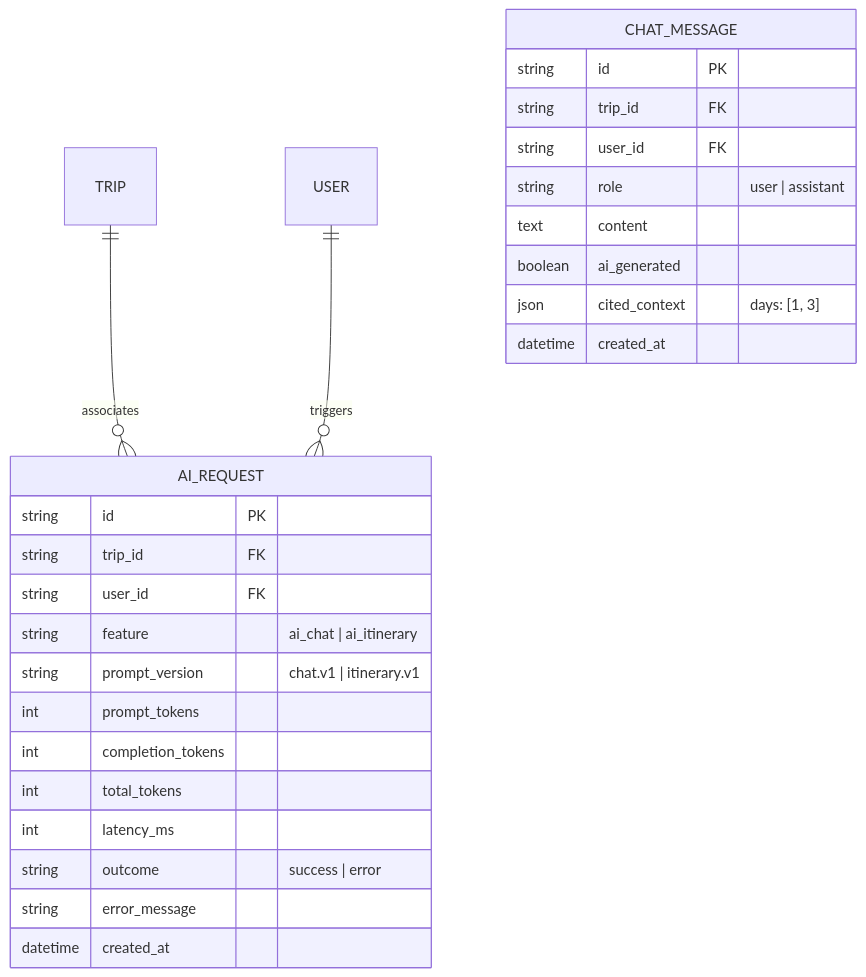
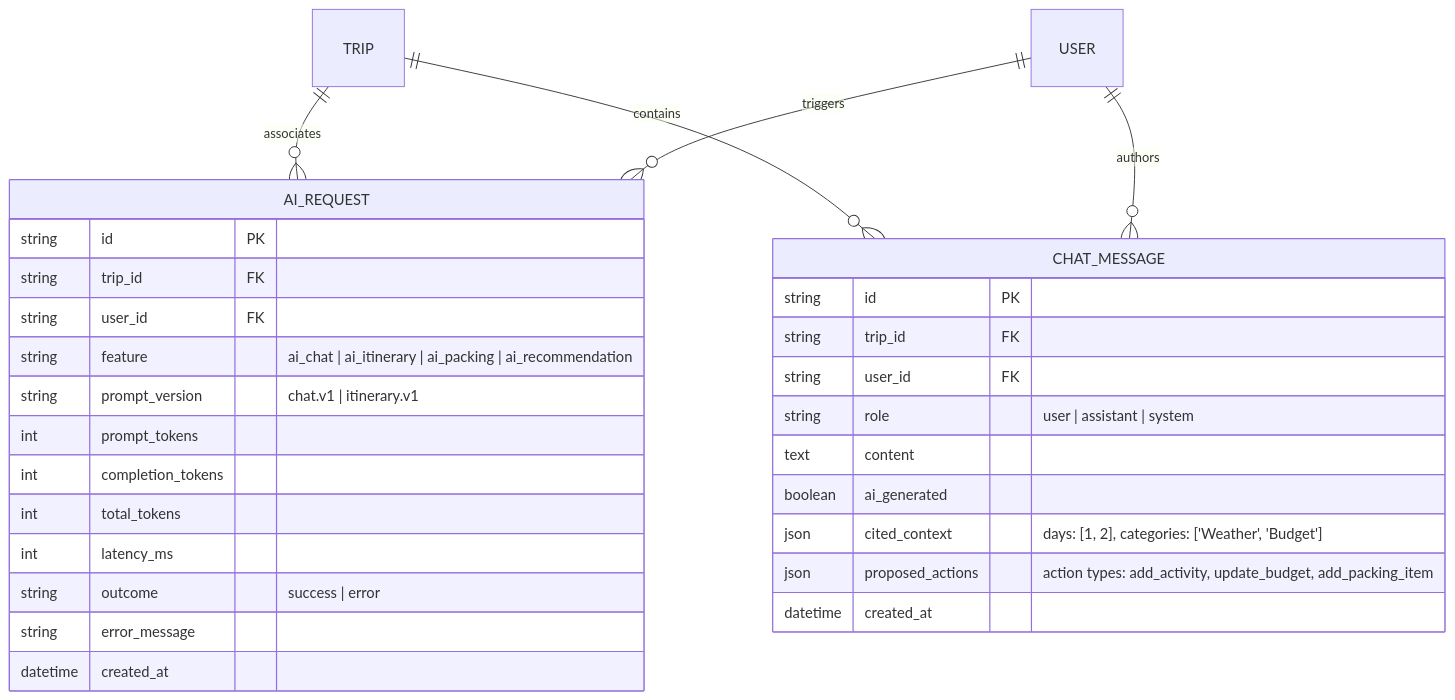
The fifth of 5 diagrams in docs/diagrams/er-diagram.md (DiyaShah25/Voyana), drawn with Mermaid before and after one commit. The commit also changed other lines of this file, not shown here.

Commit message:
docs(database): design comprehensive ER diagrams and database architecture models (VPM-26)

````diff
--- a/docs/diagrams/er-diagram.md
+++ b/docs/diagrams/er-diagram.md
@@ -89,31 +177,34 @@
 ```mermaid
 erDiagram
     TRIP ||--o{ AI_REQUEST : "associates"
     USER ||--o{ AI_REQUEST : "triggers"
+    TRIP ||--o{ CHAT_MESSAGE : "contains"
+    USER ||--o{ CHAT_MESSAGE : "authors"
 
     AI_REQUEST {
         string id PK
         string trip_id FK
         string user_id FK
-        string feature "ai_chat | ai_itinerary"
+        string feature "ai_chat | ai_itinerary | ai_packing | ai_recommendation"
         string prompt_version "chat.v1 | itinerary.v1"
         int prompt_tokens
         int completion_tokens
         int total_tokens
         int latency_ms
         string outcome "success | error"
         string error_message
         datetime created_at
     }
 
     CHAT_MESSAGE {
         string id PK
         string trip_id FK
         string user_id FK
-        string role "user | assistant"
+        string role "user | assistant | system"
         text content
         boolean ai_generated
-        json cited_context "days: [1, 3]"
+        json cited_context "days: [1, 2], categories: ['Weather', 'Budget']"
+        json proposed_actions "action types: add_activity, update_budget, add_packing_item"
         datetime created_at
     }
 ```
````
